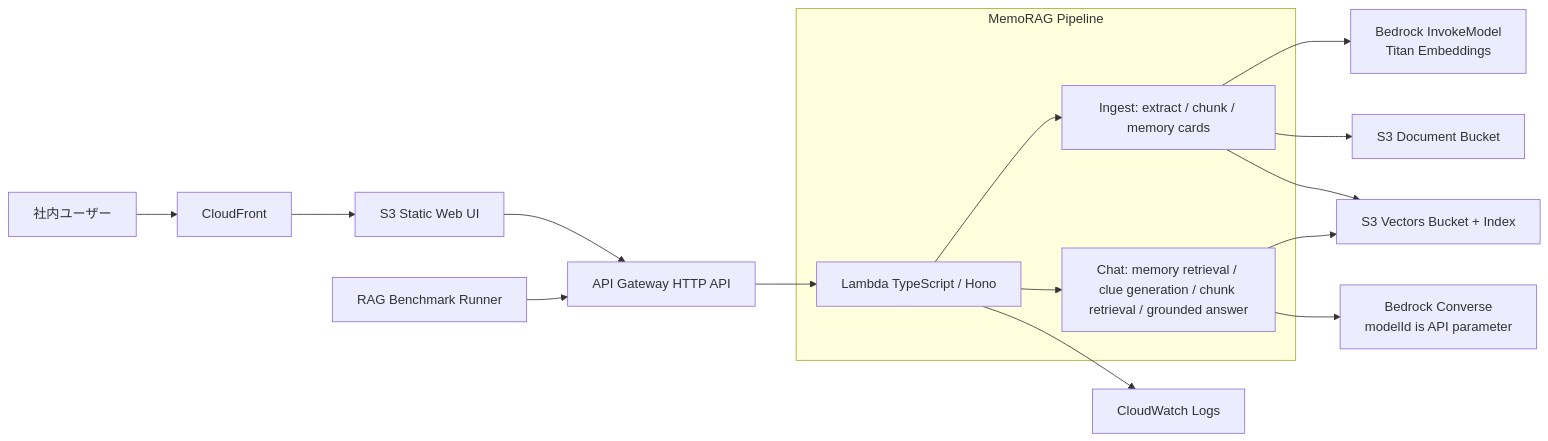
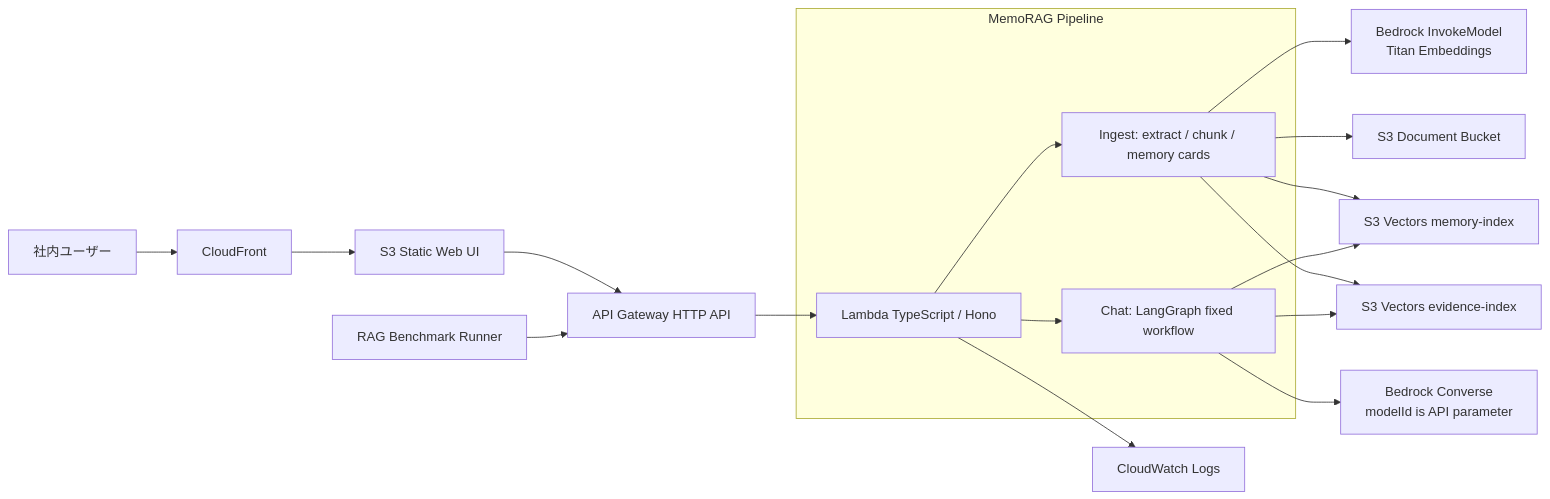
One commit to tsuji-tomonori/rag-assist changed the diagram in memorag-bedrock-mvp/README.md. Above: the diagram before and after it, drawn with Mermaid. The commit also changed other lines of this file and 36 other files, not shown here.

````diff
--- a/memorag-bedrock-mvp/README.md
+++ b/memorag-bedrock-mvp/README.md
@@ -11,20 +11,22 @@
 ```mermaid
 flowchart LR
   User[社内ユーザー] --> CF[CloudFront]
   CF --> WebS3[S3 Static Web UI]
   WebS3 --> ApiGw[API Gateway HTTP API]
   Bench[RAG Benchmark Runner] --> ApiGw
   ApiGw --> Lambda[Lambda TypeScript / Hono]
 
   subgraph MemoRAG[MemoRAG Pipeline]
     Lambda --> Ingest[Ingest: extract / chunk / memory cards]
-    Lambda --> Chat[Chat: memory retrieval / clue generation / chunk retrieval / grounded answer]
+    Lambda --> Chat[Chat: LangGraph fixed workflow]
   end
 
   Ingest --> BedrockEmbed[Bedrock InvokeModel\nTitan Embeddings]
   Chat --> BedrockLLM[Bedrock Converse\nmodelId is API parameter]
   Ingest --> DocBucket[S3 Document Bucket]
-  Ingest --> VectorIndex[S3 Vectors Bucket + Index]
-  Chat --> VectorIndex
+  Ingest --> MemoryIndex[S3 Vectors memory-index]
+  Ingest --> EvidenceIndex[S3 Vectors evidence-index]
+  Chat --> MemoryIndex
+  Chat --> EvidenceIndex
   Lambda --> Logs[CloudWatch Logs]
 ```
````
